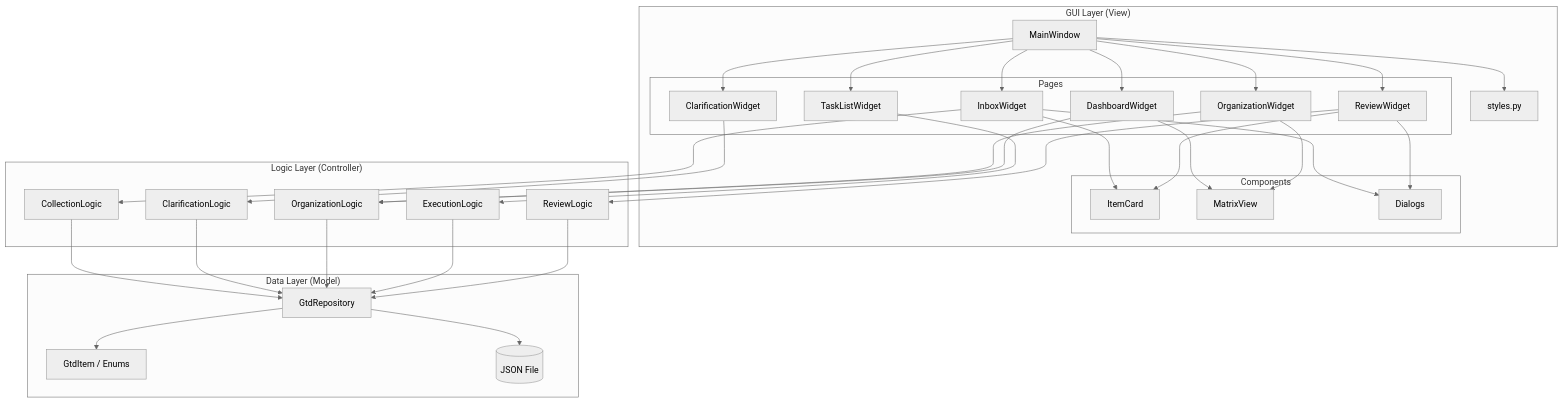
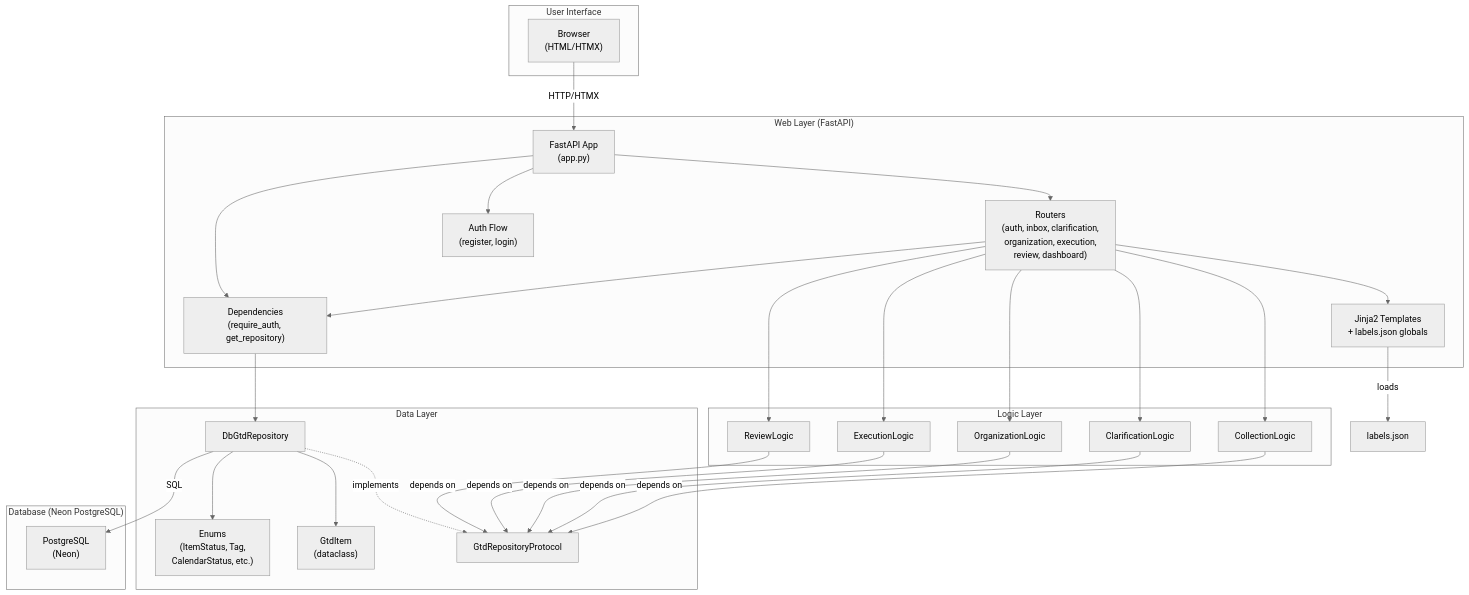
The first of 7 diagrams in docs/design/architecture.md (teppei19980914/Defrago), drawn with Mermaid (neutral theme) before and after one commit. The commit also changed other lines of this file and 6 other files, not shown here.

````diff
--- a/docs/design/architecture.md
+++ b/docs/design/architecture.md
@@ -29,52 +30,47 @@
 ```mermaid
 graph TB
-    subgraph "GUI Layer (View)"
-        MW[MainWindow]
-        subgraph Pages
-            DW[DashboardWidget]
-            IW[InboxWidget]
-            CW[ClarificationWidget]
-            OW[OrganizationWidget]
-            TW[TaskListWidget]
-            RW[ReviewWidget]
-        end
-        subgraph Components
-            IC[ItemCard]
-            MV[MatrixView]
-            DLG[Dialogs]
-        end
-        ST[styles.py]
+    subgraph "User Interface"
+        Browser["Browser<br/>(HTML/HTMX)"]
     end
 
-    subgraph "Logic Layer (Controller)"
-        CL[CollectionLogic]
-        CLR[ClarificationLogic]
-        OL[OrganizationLogic]
-        EL[ExecutionLogic]
-        RL[ReviewLogic]
+    subgraph "Web Layer (FastAPI)"
+        App["FastAPI App<br/>(app.py)"]
+        Routers["Routers<br/>(auth, inbox, clarification,<br/>organization, execution,<br/>review, dashboard)"]
+        Templates["Jinja2 Templates<br/>+ labels.json globals"]
+        Auth["Auth Flow<br/>(register, login)"]
+        DI["Dependencies<br/>(require_auth, get_repository)"]
     end
 
-    subgraph "Data Layer (Model)"
-        M[GtdItem / Enums]
-        R[GtdRepository]
-        J[(JSON File)]
+    subgraph "Logic Layer"
+        CL["CollectionLogic"]
+        CLR["ClarificationLogic"]
+        OL["OrganizationLogic"]
+        EL["ExecutionLogic"]
+        RL["ReviewLogic"]
     end
 
-    MW --> DW & IW & CW & OW & TW & RW
-    IW --> IC
-    RW --> IC
-    DW & OW --> MV
-    IW & RW --> DLG
-    MW --> ST
+    subgraph "Data Layer"
+        Protocol["GtdRepositoryProtocol"]
+        DbRepo["DbGtdRepository"]
+        GtdItem["GtdItem<br/>(dataclass)"]
+        Enums["Enums<br/>(ItemStatus, Tag,<br/>CalendarStatus, etc.)"]
+    end
 
-    IW --> CL
-    CW --> CLR
-    OW --> OL
-    TW --> EL
-    RW --> RL
-    DW --> OL
+    subgraph "Database (Neon PostgreSQL)"
+        DB["PostgreSQL<br/>(Neon)"]
+    end
 
-    CL & CLR & OL & EL & RL --> R
-    R --> M
-    R --> J
+    Browser -->|HTTP/HTMX| App
+    App --> Routers
+    App --> Auth
+    App --> DI
+    Routers --> Templates
+    Templates -->|loads| Labels["labels.json"]
+    Routers --> CL & CLR & OL & EL & RL
+    Routers --> DI
+    DI --> DbRepo
+    CL & CLR & OL & EL & RL -->|depends on| Protocol
+    DbRepo -.->|implements| Protocol
+    DbRepo --> GtdItem & Enums
+    DbRepo -->|SQL| DB
 ```
````
